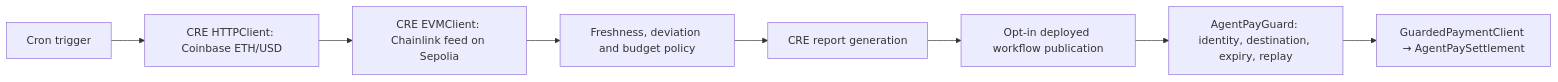
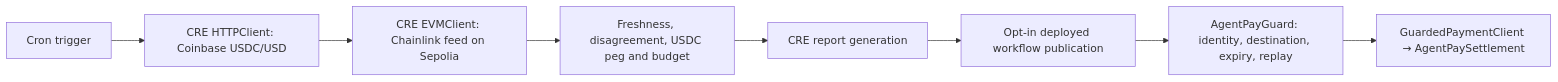
One commit to ola-893/agentPay changed the diagram in README.md. Above: the diagram before and after it, drawn with Mermaid. The commit also changed other lines of this file and 5 other files, not shown here.

Commit message:
docs: explain Sepolia USDC units, oracle policy and faucet setup

````diff
--- a/README.md
+++ b/README.md
@@ -13,10 +13,10 @@
 ```mermaid
 flowchart LR
-  A[Cron trigger] --> B[CRE HTTPClient: Coinbase ETH/USD]
+  A[Cron trigger] --> B[CRE HTTPClient: Coinbase USDC/USD]
   B --> C[CRE EVMClient: Chainlink feed on Sepolia]
-  C --> D[Freshness, deviation and budget policy]
+  C --> D[Freshness, disagreement, USDC peg and budget]
   D --> E[CRE report generation]
   E --> F[Opt-in deployed workflow publication]
   F --> G[AgentPayGuard: identity, destination, expiry, replay]
   G --> H[GuardedPaymentClient → AgentPaySettlement]
 ```
````
